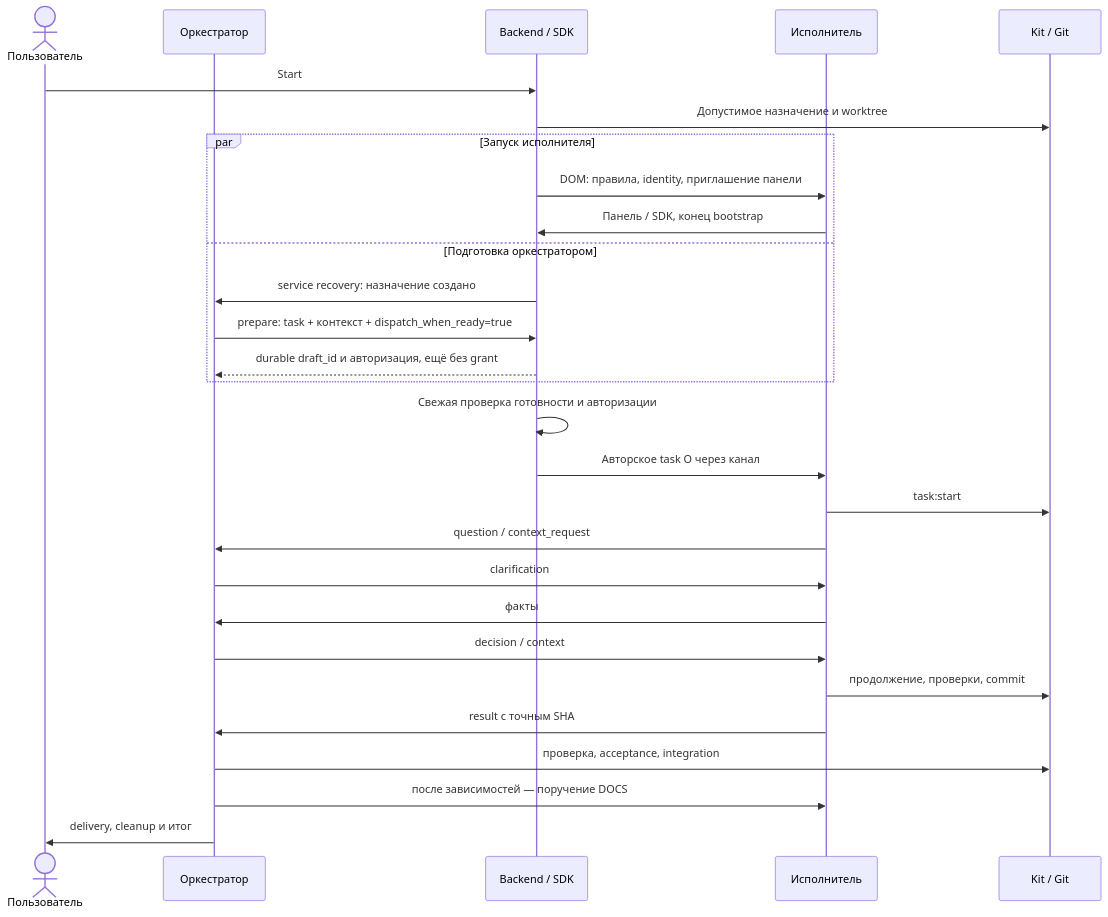
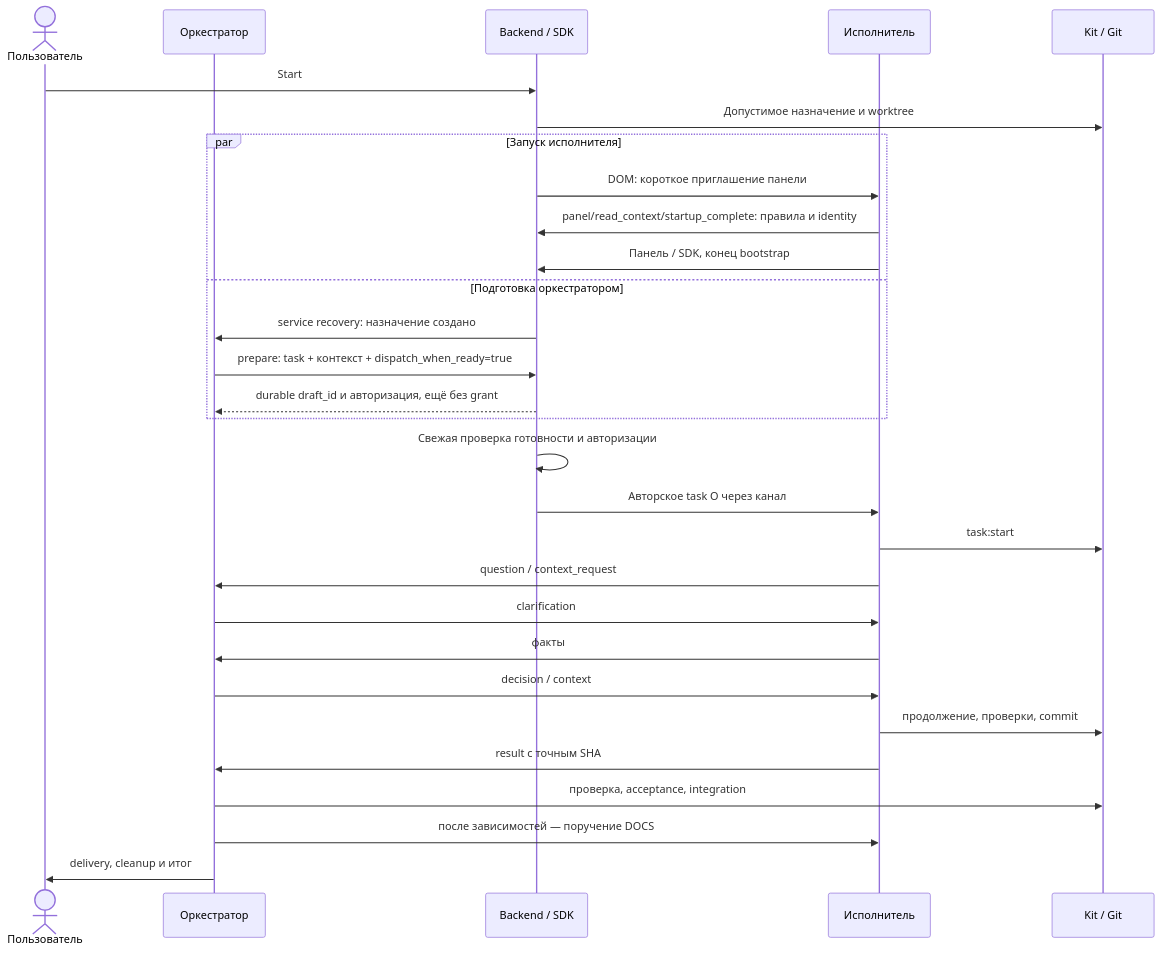
The diagram in docs/modules/assignment-dialogue.md (OleynikAleksandr/Workflow_Pilot), drawn with Mermaid before and after one commit. The commit also changed 2 other files, not shown here.

Commit message:
docs: согласовать схему bootstrap и состав выпуска
Workflow-Scope: orchestrator-panel-startup
Workflow-Task: e149c01d-de5a-4b95-9add-e22a0c0bb3ae
Workflow-Role: documentation
Workflow-Transaction: e149c01d-de5a-4b95-9add-e22a0c0bb3ae

````diff
--- a/docs/modules/assignment-dialogue.md
+++ b/docs/modules/assignment-dialogue.md
@@ -20,30 +20,31 @@
 ```mermaid
 sequenceDiagram
     actor U as Пользователь
     participant O as Оркестратор
     participant B as Backend / SDK
     participant E as Исполнитель
     participant K as Kit / Git
     U->>B: Start
     B->>K: Допустимое назначение и worktree
     par Запуск исполнителя
-        B->>E: DOM: правила, identity, приглашение панели
+        B->>E: DOM: короткое приглашение панели
+        E->>B: panel/read_context/startup_complete: правила и identity
         E->>B: Панель / SDK, конец bootstrap
     and Подготовка оркестратором
         B->>O: service recovery: назначение создано
         O->>B: prepare: task + контекст + dispatch_when_ready=true
         B-->>O: durable draft_id и авторизация, ещё без grant
     end
     B->>B: Свежая проверка готовности и авторизации
     B->>E: Авторское task O через канал
     E->>K: task:start
     E->>O: question / context_request
     O->>E: clarification
     E->>O: факты
     O->>E: decision / context
     E->>K: продолжение, проверки, commit
     E->>O: result с точным SHA
     O->>K: проверка, acceptance, integration
     O->>E: после зависимостей — поручение DOCS
     O->>U: delivery, cleanup и итог
 ```
````
